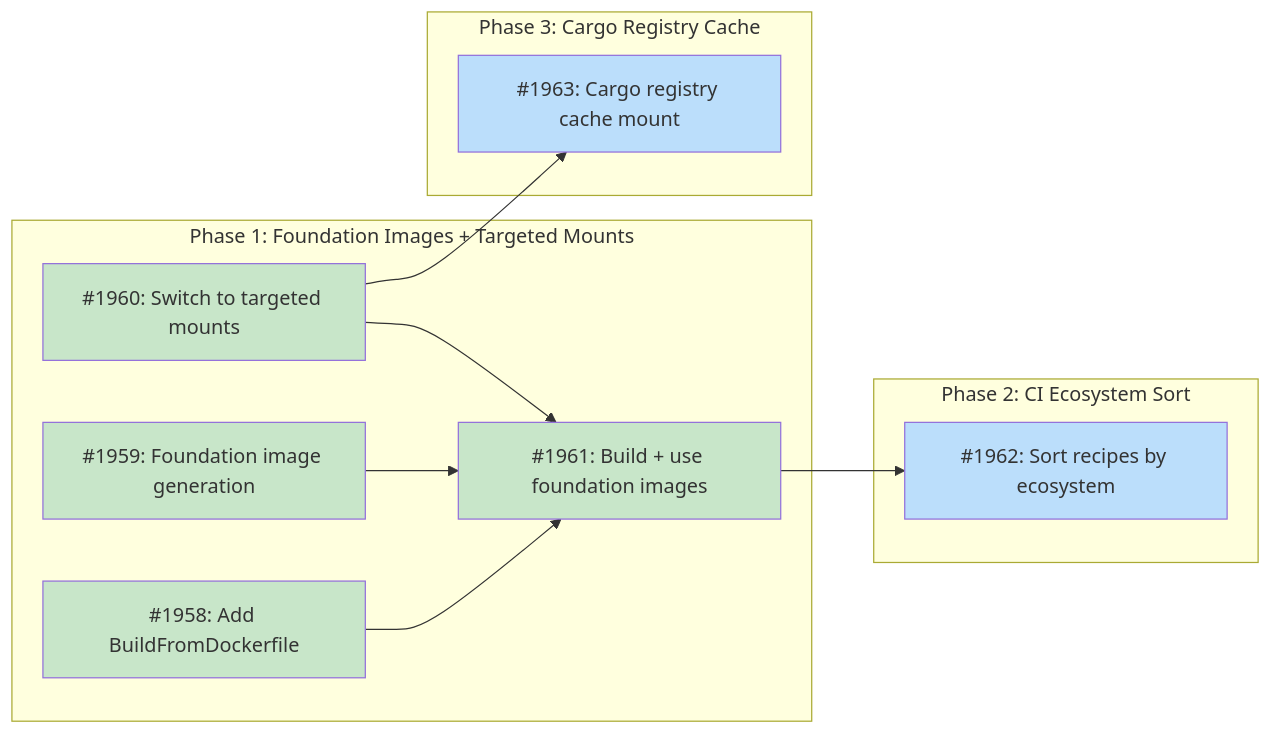
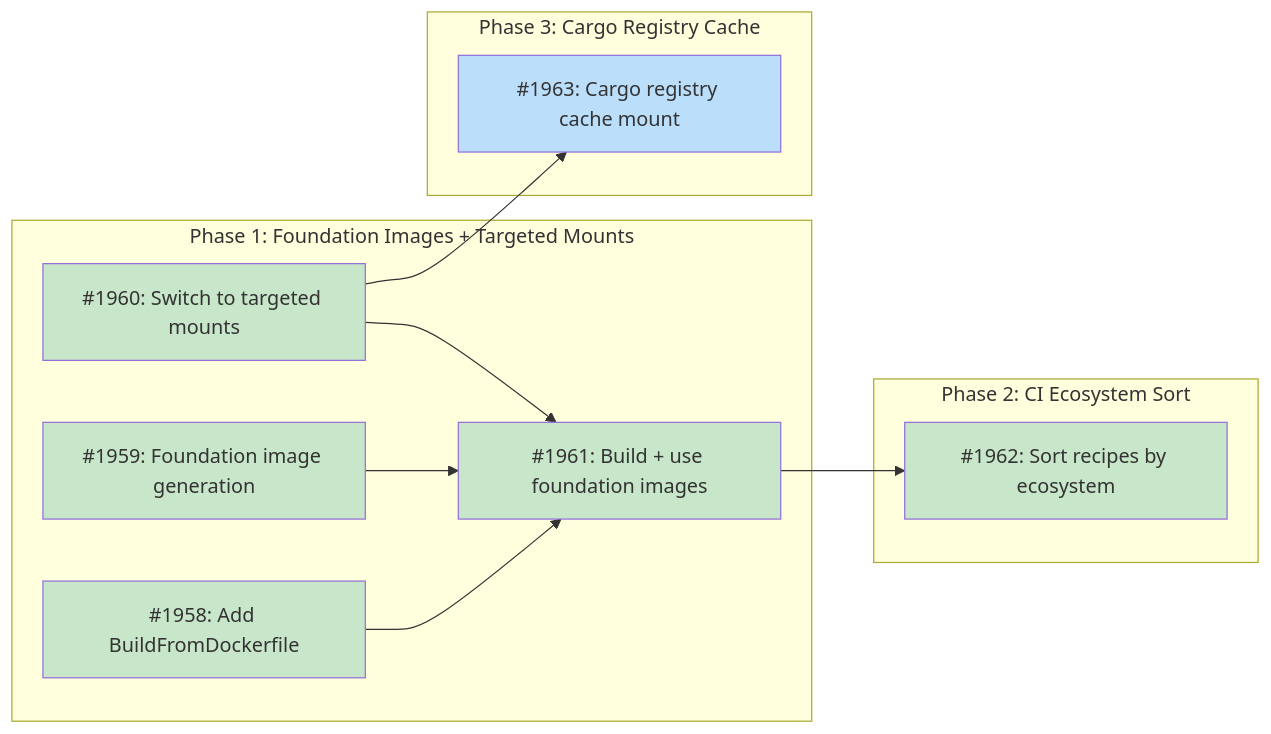
The diagram in docs/designs/DESIGN-sandbox-build-cache.md (tsukumogami/tsuku), drawn with Mermaid before and after one commit. The commit also changed other lines of this file and 3 other files, not shown here.

````diff
--- a/docs/designs/DESIGN-sandbox-build-cache.md
+++ b/docs/designs/DESIGN-sandbox-build-cache.md
@@ -54,32 +54,32 @@
 ```mermaid
 graph LR
     subgraph Phase1["Phase 1: Foundation Images + Targeted Mounts"]
         I1958["#1958: Add BuildFromDockerfile"]
         I1959["#1959: Foundation image generation"]
         I1960["#1960: Switch to targeted mounts"]
         I1961["#1961: Build + use foundation images"]
     end
 
     subgraph Phase2["Phase 2: CI Ecosystem Sort"]
         I1962["#1962: Sort recipes by ecosystem"]
     end
 
     subgraph Phase3["Phase 3: Cargo Registry Cache"]
         I1963["#1963: Cargo registry cache mount"]
     end
 
     I1958 --> I1961
     I1959 --> I1961
     I1960 --> I1961
     I1961 --> I1962
     I1960 --> I1963
 
     classDef done fill:#c8e6c9
     classDef ready fill:#bbdefb
     classDef blocked fill:#fff9c4
     classDef needsDesign fill:#e1bee7
     classDef tracksDesign fill:#FFE0B2,stroke:#F57C00,color:#000
 
-    class I1958,I1959,I1960,I1961 done
-    class I1962,I1963 ready
+    class I1958,I1959,I1960,I1961,I1962 done
+    class I1963 ready
 ```
````
